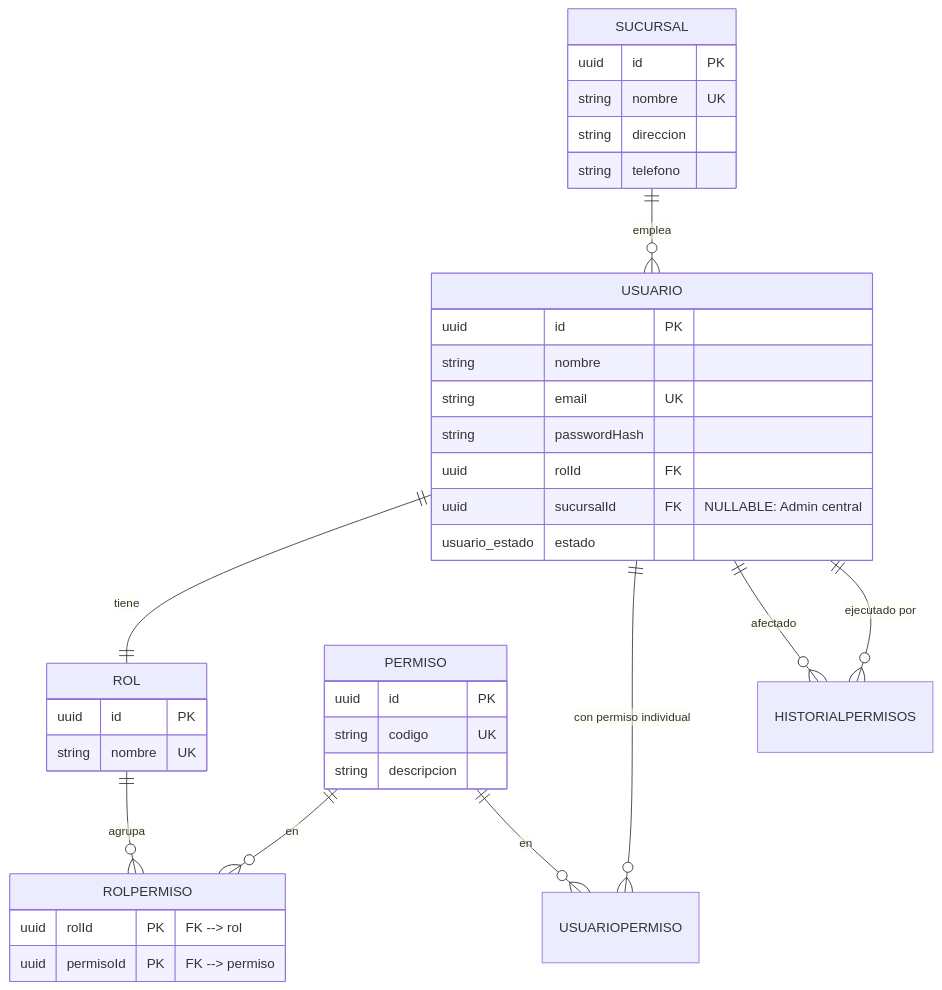
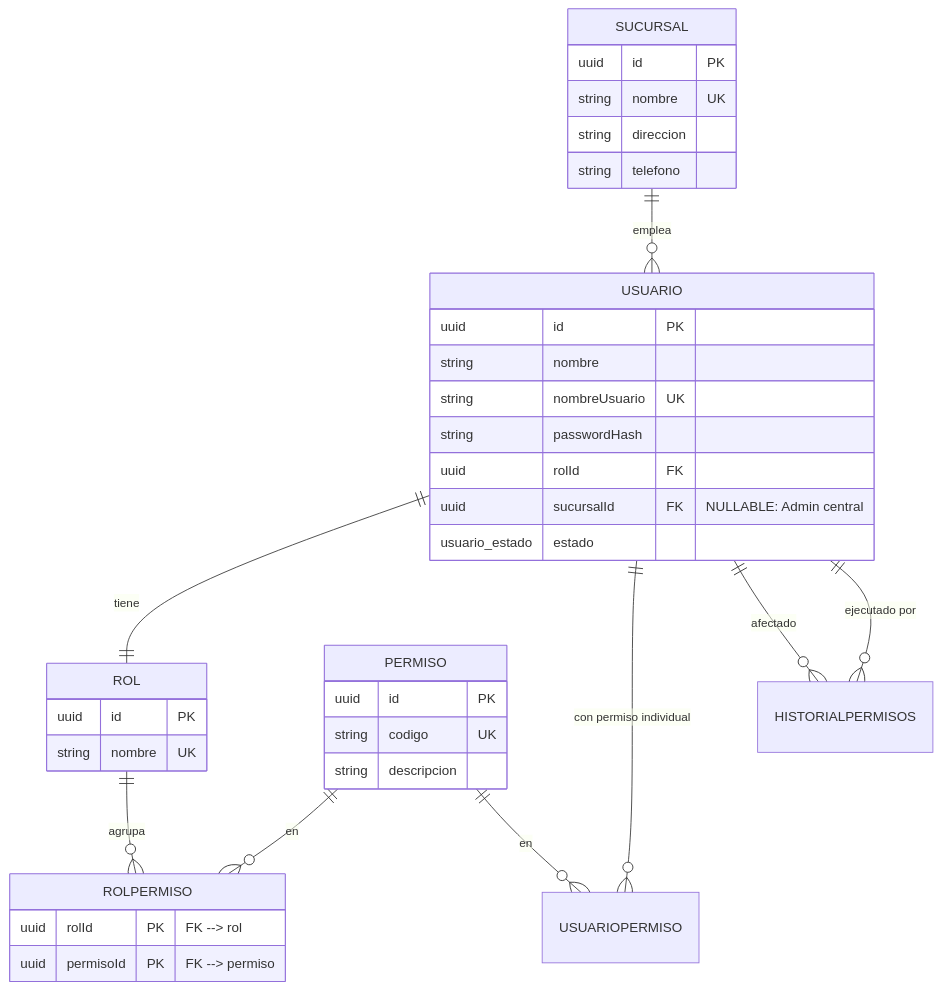
The first of 4 diagrams in docs/modelo-de-datos.md (Rodrigo-419/cafeteria-system), drawn with Mermaid before and after one commit. The commit also changed 8 other files, not shown here.

Commit message:
docs: documentar ventas del frontend y sustituir correo por nombre de usuario

````diff
--- a/docs/modelo-de-datos.md
+++ b/docs/modelo-de-datos.md
@@ -43,40 +43,40 @@
 ```mermaid
 erDiagram
     SUCURSAL ||--o{ USUARIO : "emplea"
     USUARIO ||--|| ROL : "tiene"
     ROL ||--o{ ROLPERMISO : "agrupa"
     PERMISO ||--o{ ROLPERMISO : "en"
     USUARIO ||--o{ USUARIOPERMISO : "con permiso individual"
     PERMISO ||--o{ USUARIOPERMISO : "en"
     USUARIO ||--o{ HISTORIALPERMISOS : "afectado"
     USUARIO ||--o{ HISTORIALPERMISOS : "ejecutado por"
 
     SUCURSAL {
         uuid id PK
         string nombre UK
         string direccion
         string telefono
     }
     ROL {
         uuid id PK
         string nombre UK
     }
     PERMISO {
         uuid id PK
         string codigo UK
         string descripcion
     }
     ROLPERMISO {
         uuid rolId PK "FK --> rol"
         uuid permisoId PK "FK --> permiso"
     }
     USUARIO {
         uuid id PK
         string nombre
-        string email UK
+        string nombreUsuario UK
         string passwordHash
         uuid rolId FK
         uuid sucursalId FK "NULLABLE: Admin central"
         usuario_estado estado
     }
 ```
````
